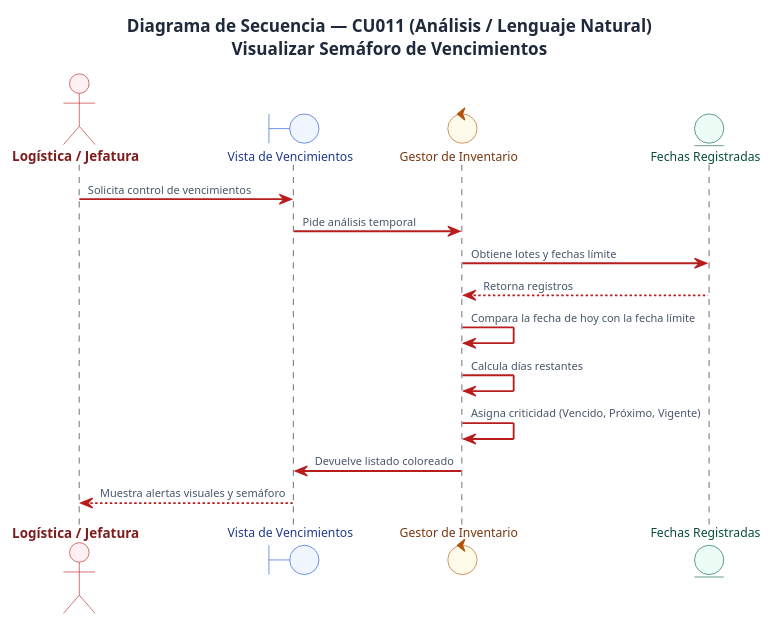
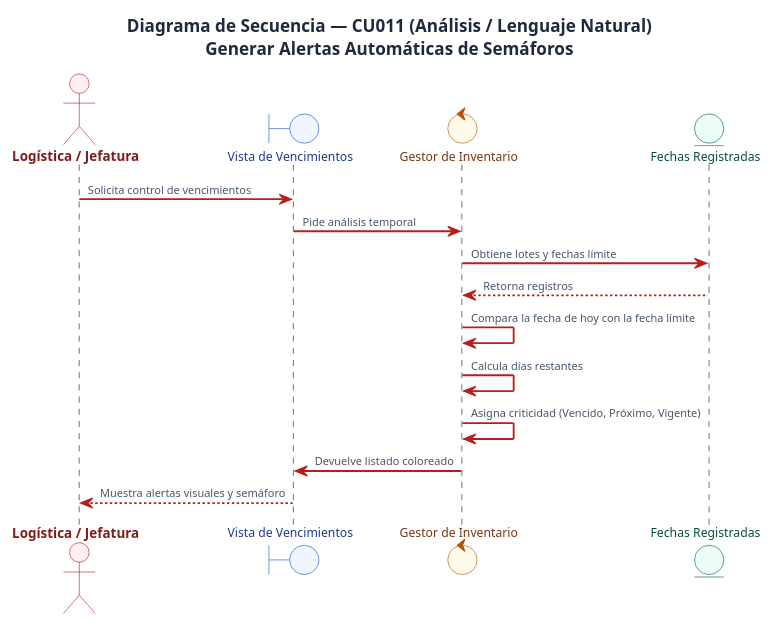
Before and after one commit to AngelVargasGutierrez/Swipre-Med: the diagram in DIAGRAMAS-SECUENCIA/diagrama_secuencia_cu011.puml, drawn with PlantUML. The commit also changed 3 other files, not shown here.

Commit message:
Rename RF-011 to Generar alertas automaticas de semaforos

```diff
--- a/DIAGRAMAS-SECUENCIA/diagrama_secuencia_cu011.puml
+++ b/DIAGRAMAS-SECUENCIA/diagrama_secuencia_cu011.puml
@@ -1,55 +1,55 @@
 @startuml Secuencia_CU011_Analisis
-title "Diagrama de Secuencia — CU011 (Análisis / Lenguaje Natural)\nVisualizar Semáforo de Vencimientos"
+title "Diagrama de Secuencia — CU011 (Análisis / Lenguaje Natural)\nGenerar Alertas Automáticas de Semáforos"
 
 skinparam {
   backgroundColor    #FFFFFF
   shadowing          false
   defaultFontName    Segoe UI
   defaultFontSize    10
   defaultFontColor   #1E293B
   ArrowColor         #B91C1C
   ArrowThickness     1.5
   ArrowFontSize      9
   ArrowFontColor     #475569
 }
 skinparam actor {
   BorderColor        #B91C1C
   BackgroundColor    #FFF1F2
   FontColor          #7F1D1D
   FontStyle          Bold
   FontSize           11
 }
 skinparam boundary {
   BorderColor        #1D4ED8
   BackgroundColor    #EFF6FF
   FontColor          #1E3A8A
   FontSize           10
 }
 skinparam control {
   BorderColor        #B45309
   BackgroundColor    #FFFBEB
   FontColor          #78350F
   FontSize           10
 }
 skinparam entity {
   BorderColor        #065F46
   BackgroundColor    #ECFDF5
   FontColor          #064E3B
   FontSize           10
 }
 
 actor "Logística / Jefatura" as Actor
 boundary "Vista de Vencimientos" as Vista
 control "Gestor de Inventario" as Gestor
 entity "Fechas Registradas" as Datos
 
 Actor -> Vista : Solicita control de vencimientos
 Vista -> Gestor : Pide análisis temporal
 Gestor -> Datos : Obtiene lotes y fechas límite
 Datos --> Gestor : Retorna registros
 Gestor -> Gestor : Compara la fecha de hoy con la fecha límite
 Gestor -> Gestor : Calcula días restantes
 Gestor -> Gestor : Asigna criticidad (Vencido, Próximo, Vigente)
 Gestor -> Vista : Devuelve listado coloreado
 Vista --> Actor : Muestra alertas visuales y semáforo
 @enduml
```
